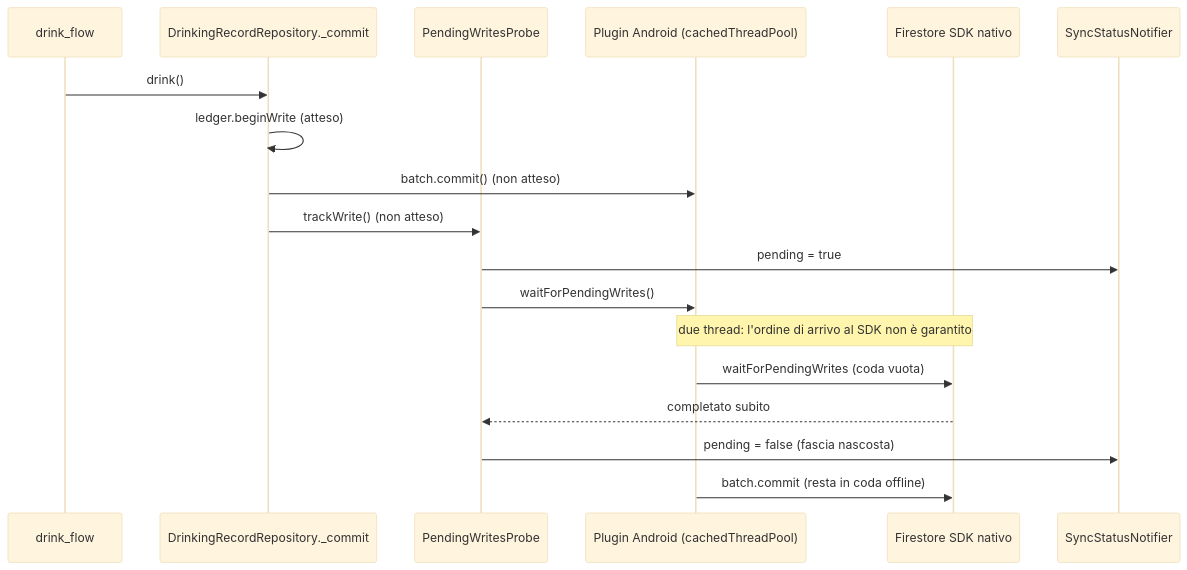
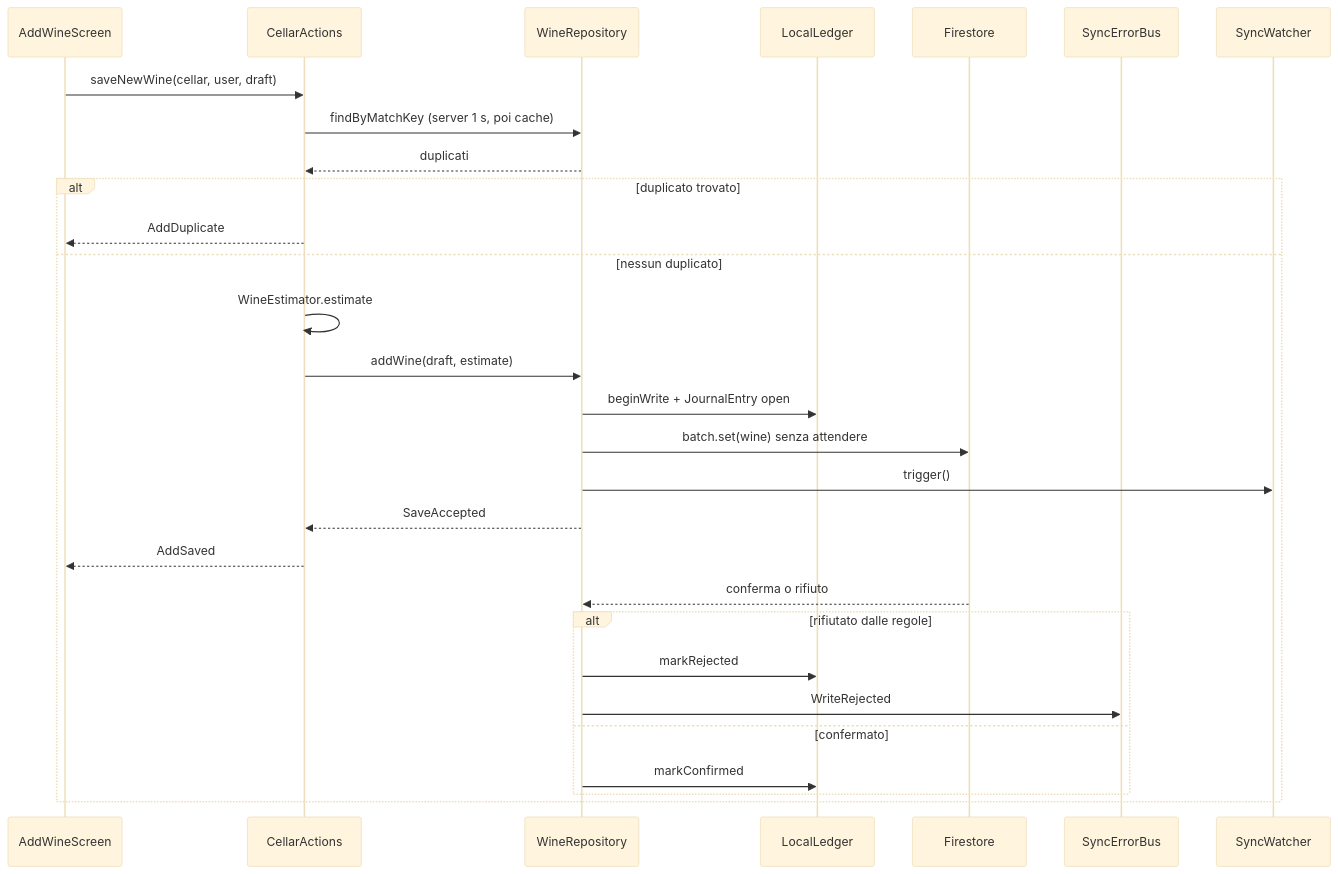
The second of 5 diagrams in aidlc/spaces/default/codekb/Vinoozy/architecture.md (brunobottazzini/Vinoozy), drawn with Mermaid (base theme) before and after one commit. The commit also changed other lines of this file and 192 other files, not shown here.

````diff
--- a/aidlc/spaces/default/codekb/Vinoozy/architecture.md
+++ b/aidlc/spaces/default/codekb/Vinoozy/architecture.md
@@ -149,20 +125,31 @@
 ```mermaid
 sequenceDiagram
-  participant UI as drink_flow
-  participant DR as DrinkingRecordRepository._commit
-  participant PR as PendingWritesProbe
-  participant PL as Plugin Android (cachedThreadPool)
-  participant SDK as Firestore SDK nativo
-  participant SN as SyncStatusNotifier
-  UI->>DR: drink()
-  DR->>DR: ledger.beginWrite (atteso)
-  DR->>PL: batch.commit() (non atteso)
-  DR->>PR: trackWrite() (non atteso)
-  PR->>SN: pending = true
-  PR->>PL: waitForPendingWrites()
-  Note over PL,SDK: due thread: l'ordine di arrivo al SDK non è garantito
-  PL->>SDK: waitForPendingWrites (coda vuota)
-  SDK-->>PR: completato subito
-  PR->>SN: pending = false (fascia nascosta)
-  PL->>SDK: batch.commit (resta in coda offline)
+  participant UI as AddWineScreen
+  participant A as CellarActions
+  participant W as WineRepository
+  participant L as LocalLedger
+  participant F as Firestore
+  participant B as SyncErrorBus
+  participant S as SyncWatcher
+  UI->>A: saveNewWine(cellar, user, draft)
+  A->>W: findByMatchKey (server 1 s, poi cache)
+  W-->>A: duplicati
+  alt duplicato trovato
+    A-->>UI: AddDuplicate
+  else nessun duplicato
+    A->>A: WineEstimator.estimate
+    A->>W: addWine(draft, estimate)
+    W->>L: beginWrite + JournalEntry open
+    W->>F: batch.set(wine) senza attendere
+    W->>S: trigger()
+    W-->>A: SaveAccepted
+    A-->>UI: AddSaved
+    F-->>W: conferma o rifiuto
+    alt rifiutato dalle regole
+      W->>L: markRejected
+      W->>B: WriteRejected
+    else confermato
+      W->>L: markConfirmed
+    end
+  end
 ```
````
